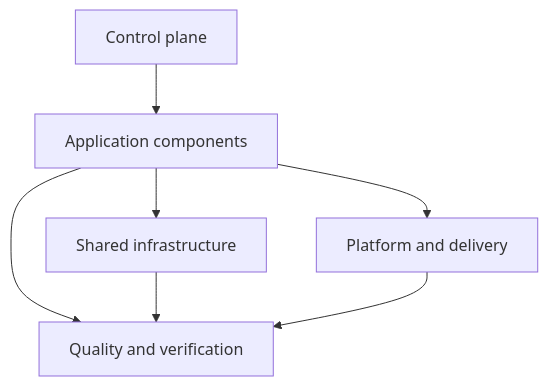
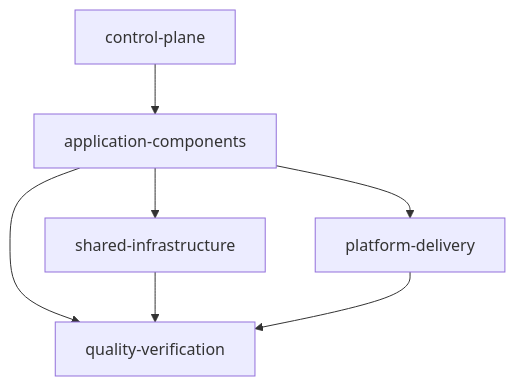
The diagram in docs/superpowers/specs/2026-08-17-smt-extensible-modules-design.md (parmcoder/smt), drawn with Mermaid before and after one commit. The commit also changed other lines of this file and 13 other files, not shown here.

Commit message:
feat(repo): [smt-4xf.4] add schema-versioned module contract

````diff
--- a/docs/superpowers/specs/2026-08-17-smt-extensible-modules-design.md
+++ b/docs/superpowers/specs/2026-08-17-smt-extensible-modules-design.md
@@ -46,9 +47,9 @@
 ```mermaid
 flowchart TB
-    C["Control plane"] --> A["Application components"]
-    A --> I["Shared infrastructure"]
-    A --> Q["Quality and verification"]
-    A --> P["Platform and delivery"]
+    C["control-plane"] --> A["application-components"]
+    A --> I["shared-infrastructure"]
+    A --> Q["quality-verification"]
+    A --> P["platform-delivery"]
     I --> Q
     P --> Q
 ```
````
